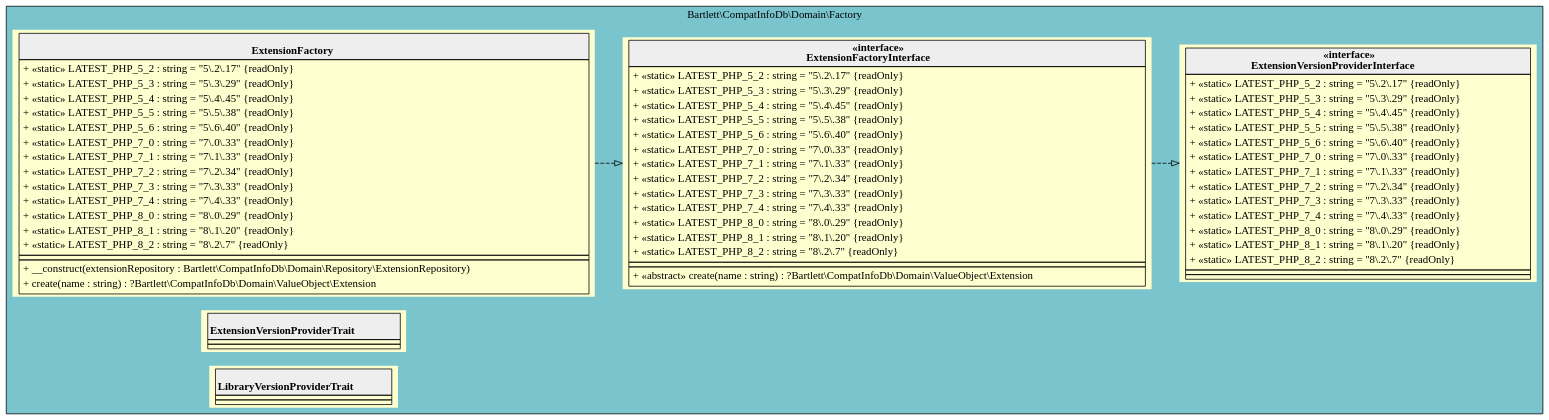
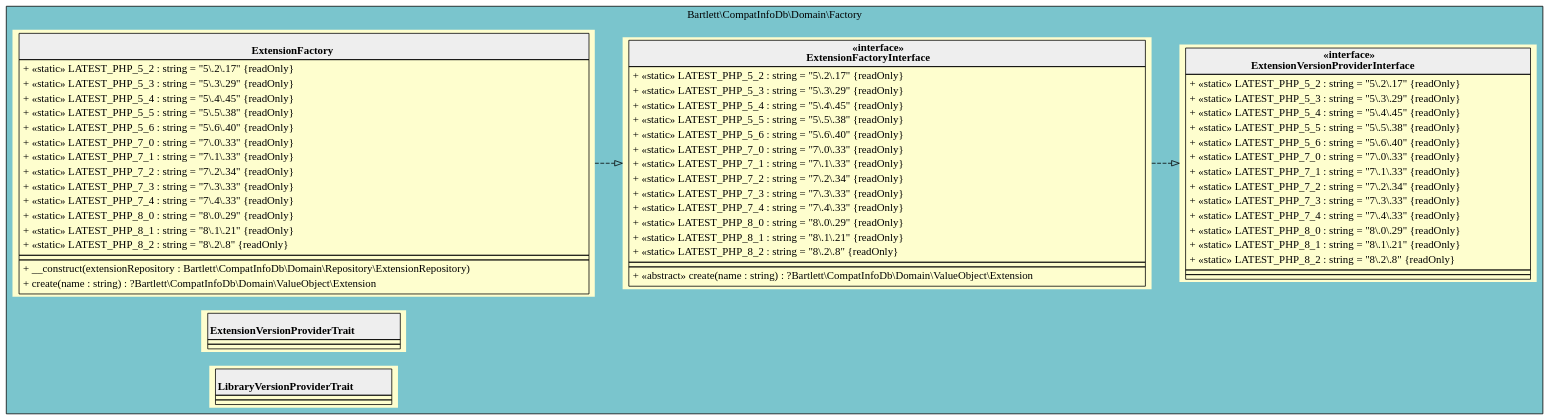
The diagram in 5.x/assets/images/domain-factory.html.gv (llaville/php-compatinfo-db), drawn with Graphviz before and after one commit. The commit also changed 9 other files, not shown here.

```diff
--- a/5.x/assets/images/domain-factory.html.gv
+++ b/5.x/assets/images/domain-factory.html.gv
@@ -1,90 +1,90 @@
 digraph {
   graph [rankdir="LR" bgcolor="transparent"]
   node [fillcolor="#FEFECE" style="filled"]
   subgraph cluster_0 {
     graph [bgcolor="cadetblue3"]
     label = "Bartlett\\CompatInfoDb\\Domain\\Factory"
     "Bartlett\\CompatInfoDb\\Domain\\Factory\\ExtensionFactory" [shape="none" label=<
 <table cellspacing="0" border="0" cellborder="1">
     <tr><td bgcolor="#eeeeee"><b><br/>ExtensionFactory</b></td></tr>
     <tr><td><table border="0" cellspacing="0" cellpadding="2">
     <tr><td align="left">+ «static» LATEST_PHP_5_2 : string = "5\.2\.17" {readOnly}</td></tr>
     <tr><td align="left">+ «static» LATEST_PHP_5_3 : string = "5\.3\.29" {readOnly}</td></tr>
     <tr><td align="left">+ «static» LATEST_PHP_5_4 : string = "5\.4\.45" {readOnly}</td></tr>
     <tr><td align="left">+ «static» LATEST_PHP_5_5 : string = "5\.5\.38" {readOnly}</td></tr>
     <tr><td align="left">+ «static» LATEST_PHP_5_6 : string = "5\.6\.40" {readOnly}</td></tr>
     <tr><td align="left">+ «static» LATEST_PHP_7_0 : string = "7\.0\.33" {readOnly}</td></tr>
     <tr><td align="left">+ «static» LATEST_PHP_7_1 : string = "7\.1\.33" {readOnly}</td></tr>
     <tr><td align="left">+ «static» LATEST_PHP_7_2 : string = "7\.2\.34" {readOnly}</td></tr>
     <tr><td align="left">+ «static» LATEST_PHP_7_3 : string = "7\.3\.33" {readOnly}</td></tr>
     <tr><td align="left">+ «static» LATEST_PHP_7_4 : string = "7\.4\.33" {readOnly}</td></tr>
     <tr><td align="left">+ «static» LATEST_PHP_8_0 : string = "8\.0\.29" {readOnly}</td></tr>
-    <tr><td align="left">+ «static» LATEST_PHP_8_1 : string = "8\.1\.20" {readOnly}</td></tr>
-    <tr><td align="left">+ «static» LATEST_PHP_8_2 : string = "8\.2\.7" {readOnly}</td></tr>
+    <tr><td align="left">+ «static» LATEST_PHP_8_1 : string = "8\.1\.21" {readOnly}</td></tr>
+    <tr><td align="left">+ «static» LATEST_PHP_8_2 : string = "8\.2\.8" {readOnly}</td></tr>
 </table></td></tr>
     <tr><td></td></tr>
     <tr><td><table border="0" cellspacing="0" cellpadding="2">
     <tr><td align="left">+ __construct(extensionRepository : Bartlett\\CompatInfoDb\\Domain\\Repository\\ExtensionRepository)</td></tr>
     <tr><td align="left">+ create(name : string) : ?Bartlett\\CompatInfoDb\\Domain\\ValueObject\\Extension</td></tr>
 </table></td></tr>
 </table>>]
     "Bartlett\\CompatInfoDb\\Domain\\Factory\\ExtensionFactoryInterface" [shape="none" label=<
 <table cellspacing="0" border="0" cellborder="1">
     <tr><td bgcolor="#eeeeee"><b>«interface»<br/>ExtensionFactoryInterface</b></td></tr>
     <tr><td><table border="0" cellspacing="0" cellpadding="2">
     <tr><td align="left">+ «static» LATEST_PHP_5_2 : string = "5\.2\.17" {readOnly}</td></tr>
     <tr><td align="left">+ «static» LATEST_PHP_5_3 : string = "5\.3\.29" {readOnly}</td></tr>
     <tr><td align="left">+ «static» LATEST_PHP_5_4 : string = "5\.4\.45" {readOnly}</td></tr>
     <tr><td align="left">+ «static» LATEST_PHP_5_5 : string = "5\.5\.38" {readOnly}</td></tr>
     <tr><td align="left">+ «static» LATEST_PHP_5_6 : string = "5\.6\.40" {readOnly}</td></tr>
     <tr><td align="left">+ «static» LATEST_PHP_7_0 : string = "7\.0\.33" {readOnly}</td></tr>
     <tr><td align="left">+ «static» LATEST_PHP_7_1 : string = "7\.1\.33" {readOnly}</td></tr>
     <tr><td align="left">+ «static» LATEST_PHP_7_2 : string = "7\.2\.34" {readOnly}</td></tr>
     <tr><td align="left">+ «static» LATEST_PHP_7_3 : string = "7\.3\.33" {readOnly}</td></tr>
     <tr><td align="left">+ «static» LATEST_PHP_7_4 : string = "7\.4\.33" {readOnly}</td></tr>
     <tr><td align="left">+ «static» LATEST_PHP_8_0 : string = "8\.0\.29" {readOnly}</td></tr>
-    <tr><td align="left">+ «static» LATEST_PHP_8_1 : string = "8\.1\.20" {readOnly}</td></tr>
-    <tr><td align="left">+ «static» LATEST_PHP_8_2 : string = "8\.2\.7" {readOnly}</td></tr>
+    <tr><td align="left">+ «static» LATEST_PHP_8_1 : string = "8\.1\.21" {readOnly}</td></tr>
+    <tr><td align="left">+ «static» LATEST_PHP_8_2 : string = "8\.2\.8" {readOnly}</td></tr>
 </table></td></tr>
     <tr><td></td></tr>
     <tr><td><table border="0" cellspacing="0" cellpadding="2">
     <tr><td align="left">+ «abstract» create(name : string) : ?Bartlett\\CompatInfoDb\\Domain\\ValueObject\\Extension</td></tr>
 </table></td></tr>
 </table>>]
     "Bartlett\\CompatInfoDb\\Domain\\Factory\\ExtensionVersionProviderInterface" [shape="none" label=<
 <table cellspacing="0" border="0" cellborder="1">
     <tr><td bgcolor="#eeeeee"><b>«interface»<br/>ExtensionVersionProviderInterface</b></td></tr>
     <tr><td><table border="0" cellspacing="0" cellpadding="2">
     <tr><td align="left">+ «static» LATEST_PHP_5_2 : string = "5\.2\.17" {readOnly}</td></tr>
     <tr><td align="left">+ «static» LATEST_PHP_5_3 : string = "5\.3\.29" {readOnly}</td></tr>
     <tr><td align="left">+ «static» LATEST_PHP_5_4 : string = "5\.4\.45" {readOnly}</td></tr>
     <tr><td align="left">+ «static» LATEST_PHP_5_5 : string = "5\.5\.38" {readOnly}</td></tr>
     <tr><td align="left">+ «static» LATEST_PHP_5_6 : string = "5\.6\.40" {readOnly}</td></tr>
     <tr><td align="left">+ «static» LATEST_PHP_7_0 : string = "7\.0\.33" {readOnly}</td></tr>
     <tr><td align="left">+ «static» LATEST_PHP_7_1 : string = "7\.1\.33" {readOnly}</td></tr>
     <tr><td align="left">+ «static» LATEST_PHP_7_2 : string = "7\.2\.34" {readOnly}</td></tr>
     <tr><td align="left">+ «static» LATEST_PHP_7_3 : string = "7\.3\.33" {readOnly}</td></tr>
     <tr><td align="left">+ «static» LATEST_PHP_7_4 : string = "7\.4\.33" {readOnly}</td></tr>
     <tr><td align="left">+ «static» LATEST_PHP_8_0 : string = "8\.0\.29" {readOnly}</td></tr>
-    <tr><td align="left">+ «static» LATEST_PHP_8_1 : string = "8\.1\.20" {readOnly}</td></tr>
-    <tr><td align="left">+ «static» LATEST_PHP_8_2 : string = "8\.2\.7" {readOnly}</td></tr>
+    <tr><td align="left">+ «static» LATEST_PHP_8_1 : string = "8\.1\.21" {readOnly}</td></tr>
+    <tr><td align="left">+ «static» LATEST_PHP_8_2 : string = "8\.2\.8" {readOnly}</td></tr>
 </table></td></tr>
     <tr><td></td></tr>
     <tr><td></td></tr>
 </table>>]
     "Bartlett\\CompatInfoDb\\Domain\\Factory\\ExtensionVersionProviderTrait" [shape="none" label=<
 <table cellspacing="0" border="0" cellborder="1">
     <tr><td bgcolor="#eeeeee"><b><br/>ExtensionVersionProviderTrait</b></td></tr>
     <tr><td></td></tr>
     <tr><td></td></tr>
 </table>>]
     "Bartlett\\CompatInfoDb\\Domain\\Factory\\LibraryVersionProviderTrait" [shape="none" label=<
 <table cellspacing="0" border="0" cellborder="1">
     <tr><td bgcolor="#eeeeee"><b><br/>LibraryVersionProviderTrait</b></td></tr>
     <tr><td></td></tr>
     <tr><td></td></tr>
 </table>>]
   }
   "Bartlett\\CompatInfoDb\\Domain\\Factory\\ExtensionFactoryInterface" -> "Bartlett\\CompatInfoDb\\Domain\\Factory\\ExtensionVersionProviderInterface" [arrowhead="empty" style="dashed"]
   "Bartlett\\CompatInfoDb\\Domain\\Factory\\ExtensionFactory" -> "Bartlett\\CompatInfoDb\\Domain\\Factory\\ExtensionFactoryInterface" [arrowhead="empty" style="dashed"]
 }
```
